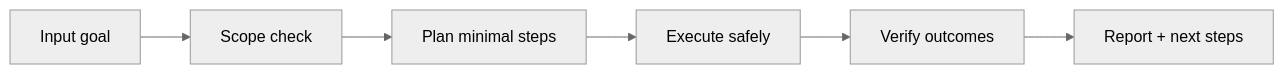
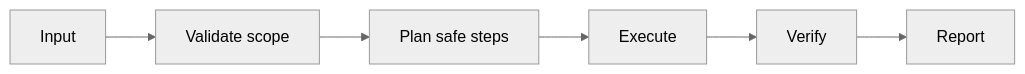
The diagram in README.md (smouj/Aegis-Veil), drawn with Mermaid (neutral theme) before and after one commit. The commit also changed other lines of this file, not shown here.

Commit message:
docs: align README with architecture, install and bilingual badges

````diff
--- a/README.md
+++ b/README.md
@@ -20,8 +26,8 @@
 ```mermaid
 flowchart LR
-  A[Input goal] --> B[Scope check]
-  B --> C[Plan minimal steps]
-  C --> D[Execute safely]
-  D --> E[Verify outcomes]
-  E --> F[Report + next steps]
+  A[Input] --> B[Validate scope]
+  B --> C[Plan safe steps]
+  C --> D[Execute]
+  D --> E[Verify]
+  E --> F[Report]
 ```
````
